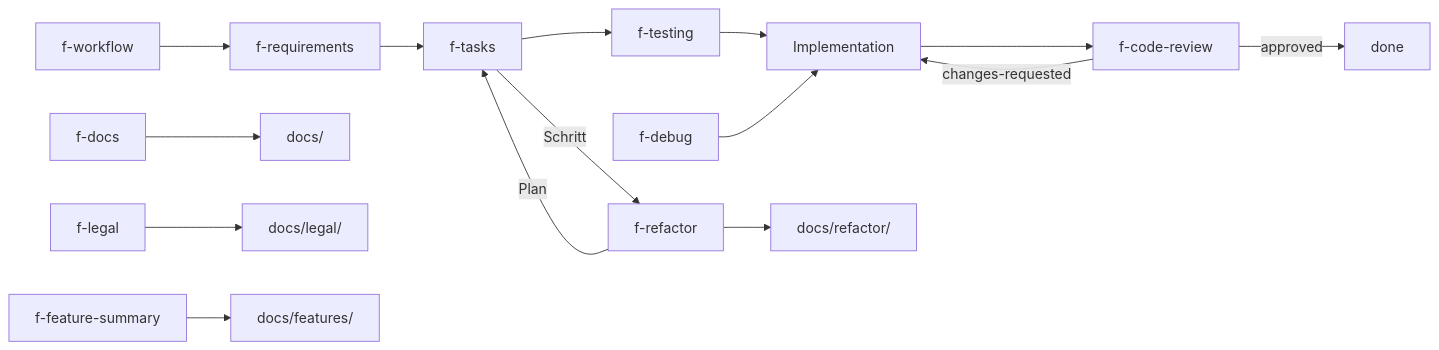
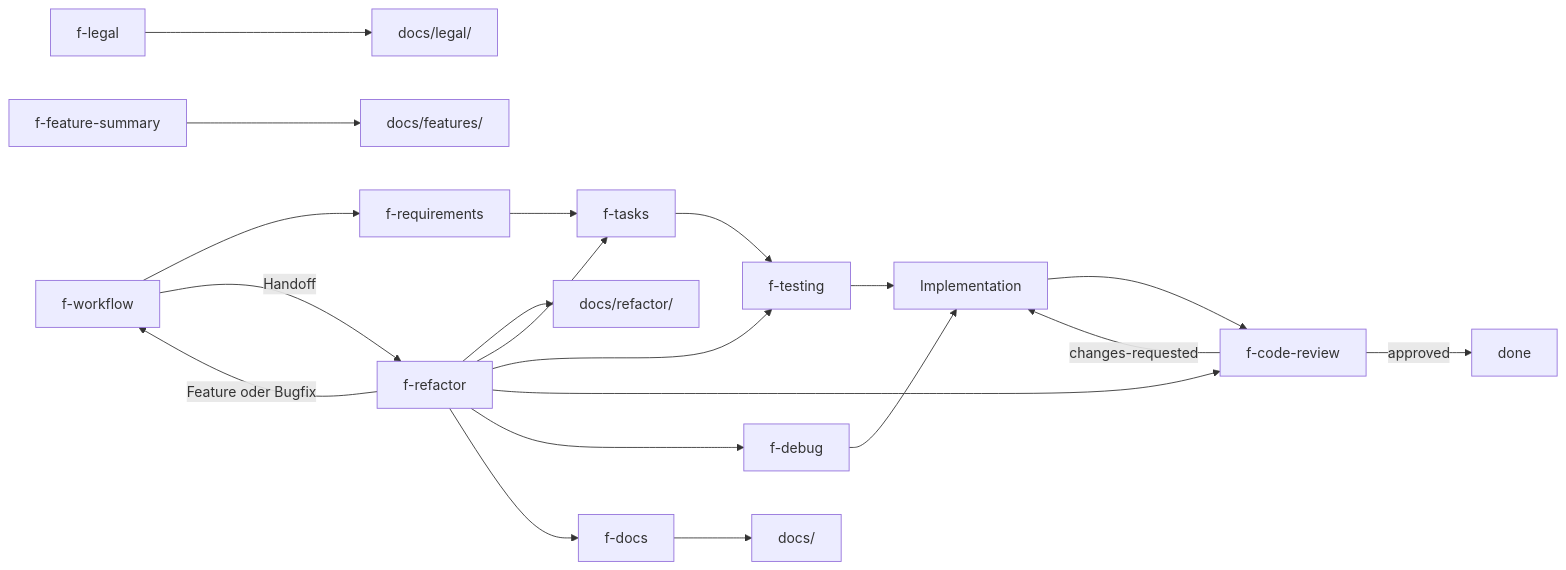
Before and after one commit to fuellner/acf: the diagram in docs/architecture.md, drawn with Mermaid. The commit also changed other lines of this file and 32 other files, not shown here.

````diff
--- a/docs/architecture.md
+++ b/docs/architecture.md
@@ -31,17 +31,22 @@
 ```mermaid
 flowchart LR
   A[f-workflow] --> B[f-requirements]
   B --> C[f-tasks]
   C --> D[f-testing]
   D --> E[Implementation]
   E --> F[f-code-review]
   F -->|changes-requested| E
   F -->|approved| G[done]
   H[f-debug] --> E
   I[f-docs] --> J[docs/]
   K[f-legal] --> L[docs/legal/]
   M[f-feature-summary] --> N[docs/features/]
-  O[f-refactor] --> P[docs/refactor/]
-  O -->|Plan| C
-  C -->|Schritt| O
+  A -->|Handoff| O[f-refactor]
+  O -->|Feature oder Bugfix| A
+  O --> P[docs/refactor/]
+  O --> C
+  O --> D
+  O --> F
+  O --> H
+  O --> I
 ```
````
